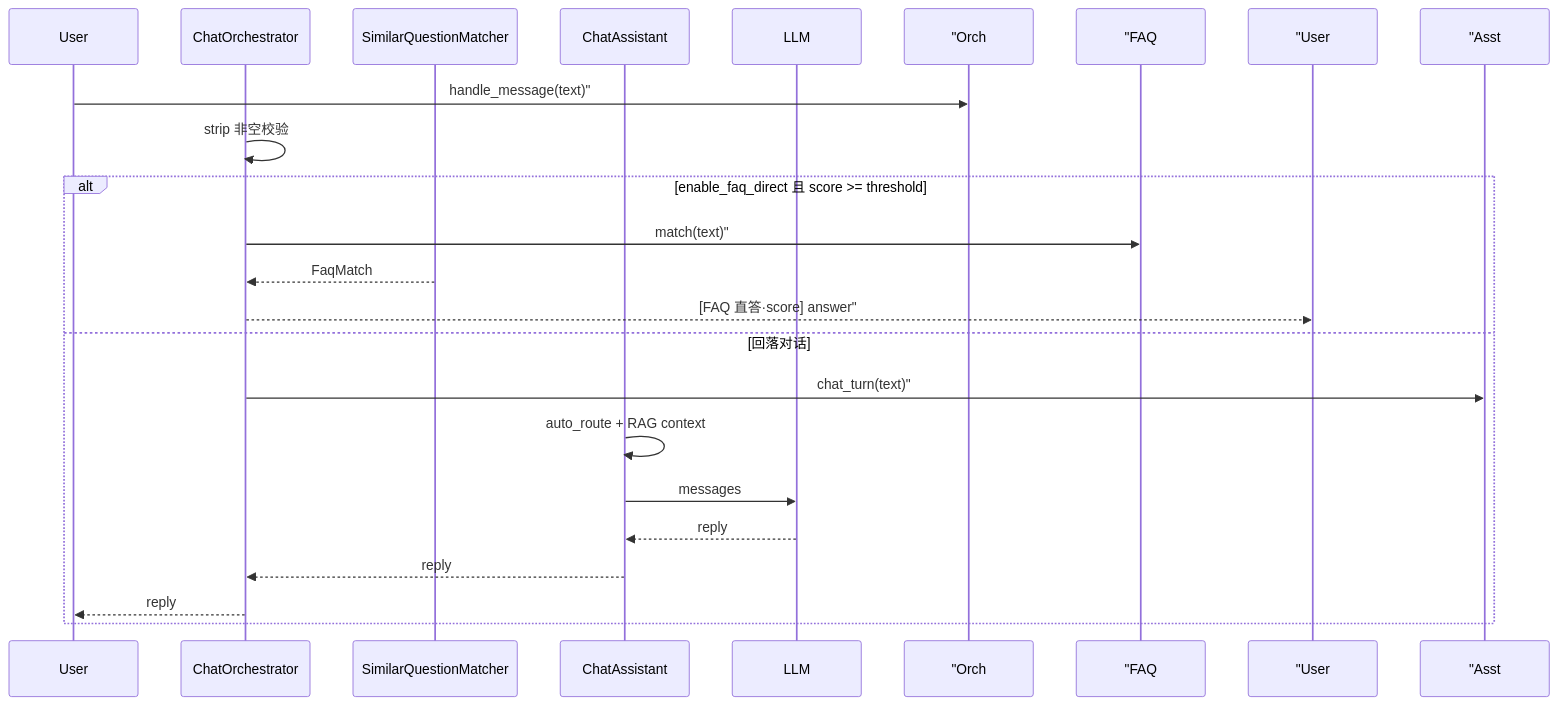
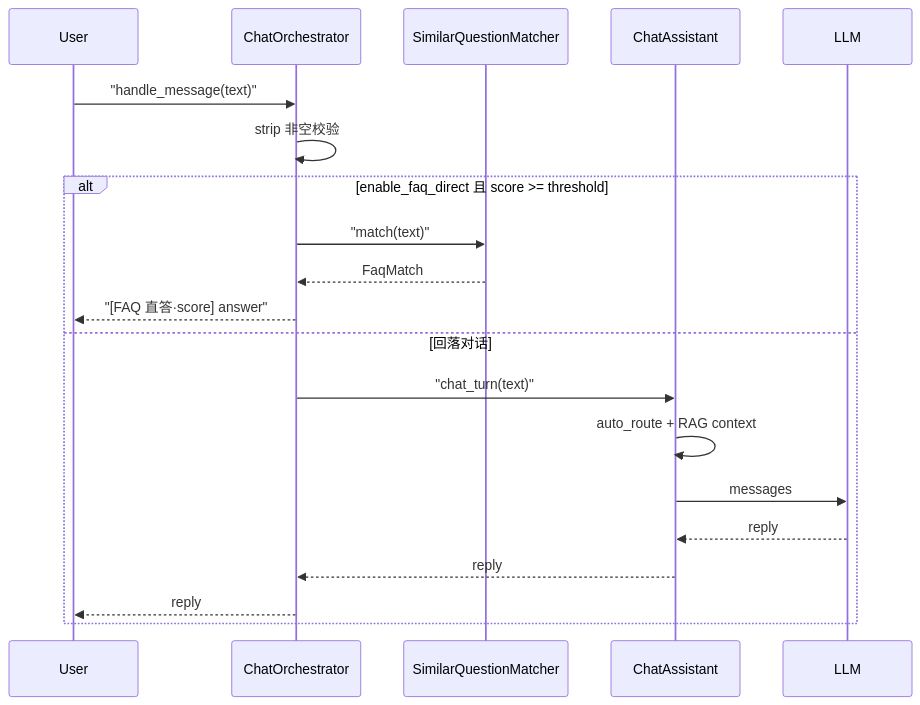
One commit to ab6539763/70_days_course_plus changed the third of 5 diagrams in course/day21/03_架构设计.md. Above: the diagram before and after it, drawn with Mermaid. The commit also changed other lines of this file and 80 other files, not shown here.

First line of the commit message:
fix(course): 修复 Mermaid 图表渲染报错 + 同步嵌入代码快照

````diff
--- a/course/day21/03_架构设计.md
+++ b/course/day21/03_架构设计.md
@@ -81,23 +81,23 @@
 ```mermaid
 sequenceDiagram
     participant User
     participant Orch as ChatOrchestrator
     participant FAQ as SimilarQuestionMatcher
     participant Asst as ChatAssistant
     participant LLM
 
-    User->> "Orch: handle_message(text)"
+    User->>Orch: "handle_message(text)"
     Orch->>Orch: strip 非空校验
     alt enable_faq_direct 且 score >= threshold
-        Orch->> "FAQ: match(text)"
+        Orch->>FAQ: "match(text)"
         FAQ-->>Orch: FaqMatch
-        Orch-->> "User: [FAQ 直答·score] answer"
+        Orch-->>User: "[FAQ 直答·score] answer"
     else 回落对话
-        Orch->> "Asst: chat_turn(text)"
+        Orch->>Asst: "chat_turn(text)"
         Asst->>Asst: auto_route + RAG context
         Asst->>LLM: messages
         LLM-->>Asst: reply
         Asst-->>Orch: reply
         Orch-->>User: reply
     end
 ```
````
